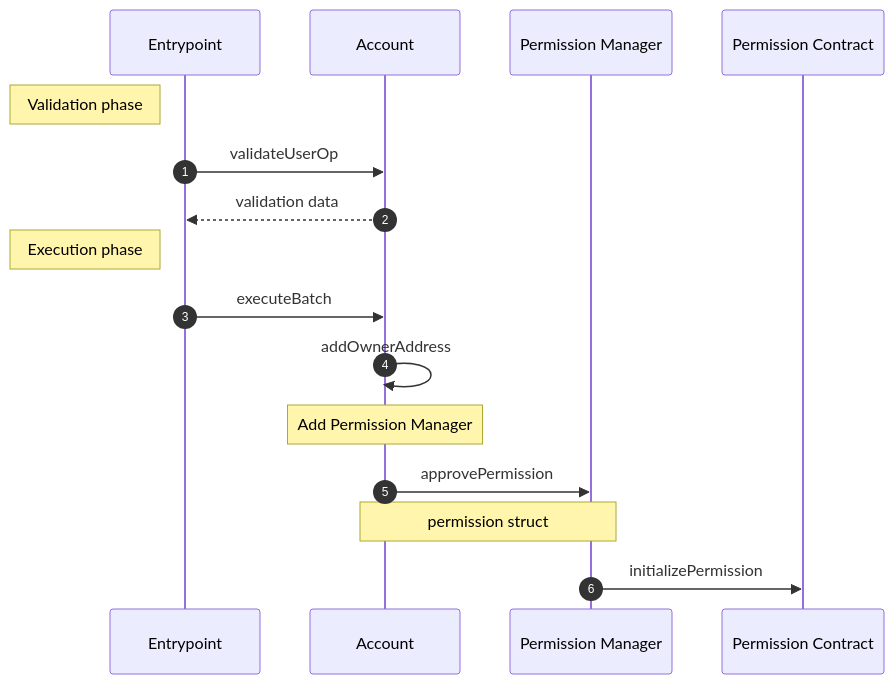
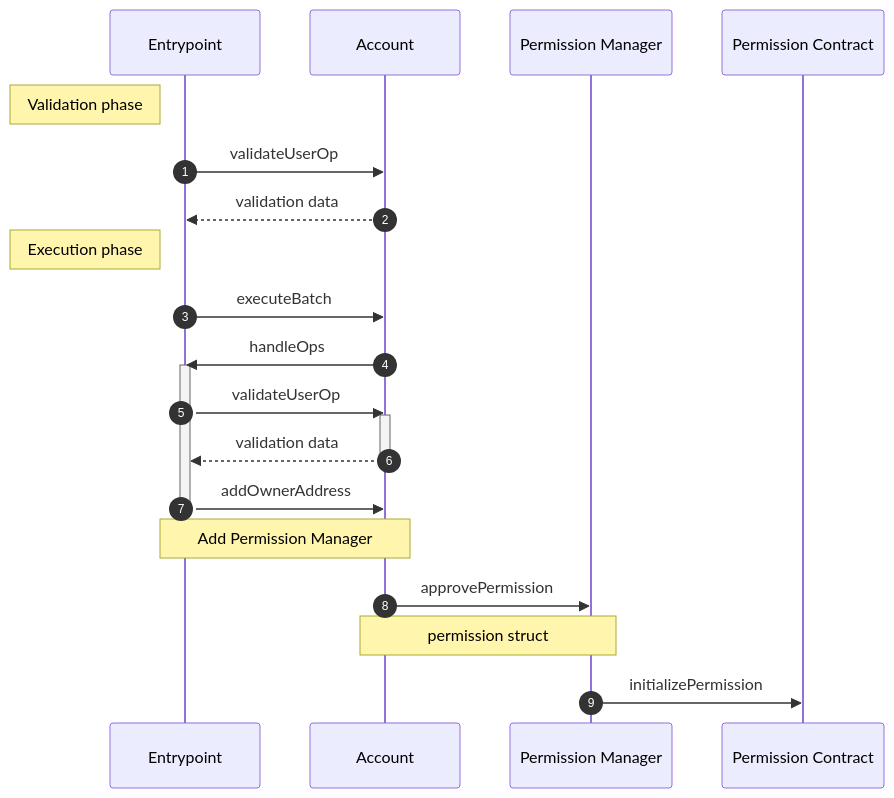
Before and after one commit to coinbase/smart-wallet-permissions: the diagram in docs/diagrams/onchain/firstTimeApproval.md, drawn with Mermaid. The commit also changed other lines of this file and 1 other file, not shown here.

Commit message:
Update first-time approval flows diagrams (#49)
* Update first-time approval flows

* Add comment for wallet to wait for userOp to land onchain

* Fix extraneous backticks

````diff
--- a/docs/diagrams/onchain/firstTimeApproval.md
+++ b/docs/diagrams/onchain/firstTimeApproval.md
@@ -9,19 +13,26 @@
 ```mermaid
 sequenceDiagram
     autonumber
     participant E as Entrypoint
     participant A as Account
     participant M as Permission Manager
     participant P as Permission Contract
 
     Note left of E: Validation phase
     E->>A: validateUserOp
     A-->>E: validation data
     Note left of E: Execution phase
     E->>A: executeBatch
-    A->>A: addOwnerAddress
-    Note over A: Add Permission Manager
+    A->>E: handleOps
+    activate E
+    E->>A: validateUserOp
+    activate A
+    A-->>E: validation data
+    deactivate A
+    E->>A: addOwnerAddress
+    deactivate E
+    Note over A,E: Add Permission Manager
     A->>M: approvePermission
     Note over A,M: permission struct
     M->>P: initializePermission
 ```
````
